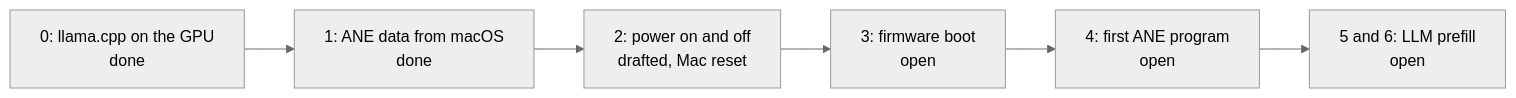
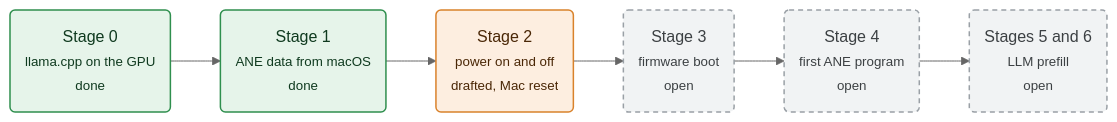
Before and after one commit to zainnobody/apple-silicon-neural-engine: the diagram in README.md, drawn with Mermaid (neutral theme).

Commit message:
README: colored diagram

````diff
--- a/README.md
+++ b/README.md
@@ -53,8 +53,15 @@
 ```mermaid
 flowchart LR
-    s0["0: llama.cpp on the GPU<br/>done"] --> s1["1: ANE data from macOS<br/>done"]
-    s1 --> s2["2: power on and off<br/>drafted, Mac reset"]
-    s2 --> s3["3: firmware boot<br/>open"]
-    s3 --> s4["4: first ANE program<br/>open"]
-    s4 --> s5["5 and 6: LLM prefill<br/>open"]
+    s0("Stage 0<br/><small>llama.cpp on the GPU<br/>done</small>"):::core
+    s1("Stage 1<br/><small>ANE data from macOS<br/>done</small>"):::core
+    s2("Stage 2<br/><small>power on and off<br/>drafted, Mac reset</small>"):::ai
+    s3("Stage 3<br/><small>firmware boot<br/>open</small>"):::todo
+    s4("Stage 4<br/><small>first ANE program<br/>open</small>"):::todo
+    s5("Stages 5 and 6<br/><small>LLM prefill<br/>open</small>"):::todo
+    s0 --> s1 --> s2 --> s3 --> s4 --> s5
+    classDef hw fill:#e8f0fe,stroke:#4a72d9,stroke-width:1.5px,color:#14264d
+    classDef core fill:#e6f4ea,stroke:#2f8f4e,stroke-width:1.5px,color:#0f3a1f
+    classDef ui fill:#f3e8fd,stroke:#8e44c9,stroke-width:1.5px,color:#38174f
+    classDef ai fill:#fdeee0,stroke:#d9822b,stroke-width:1.5px,color:#4a2706
+    classDef todo fill:#f1f3f4,stroke:#9aa0a6,stroke-width:1.5px,stroke-dasharray:5 4,color:#3c4043
 ```
````
